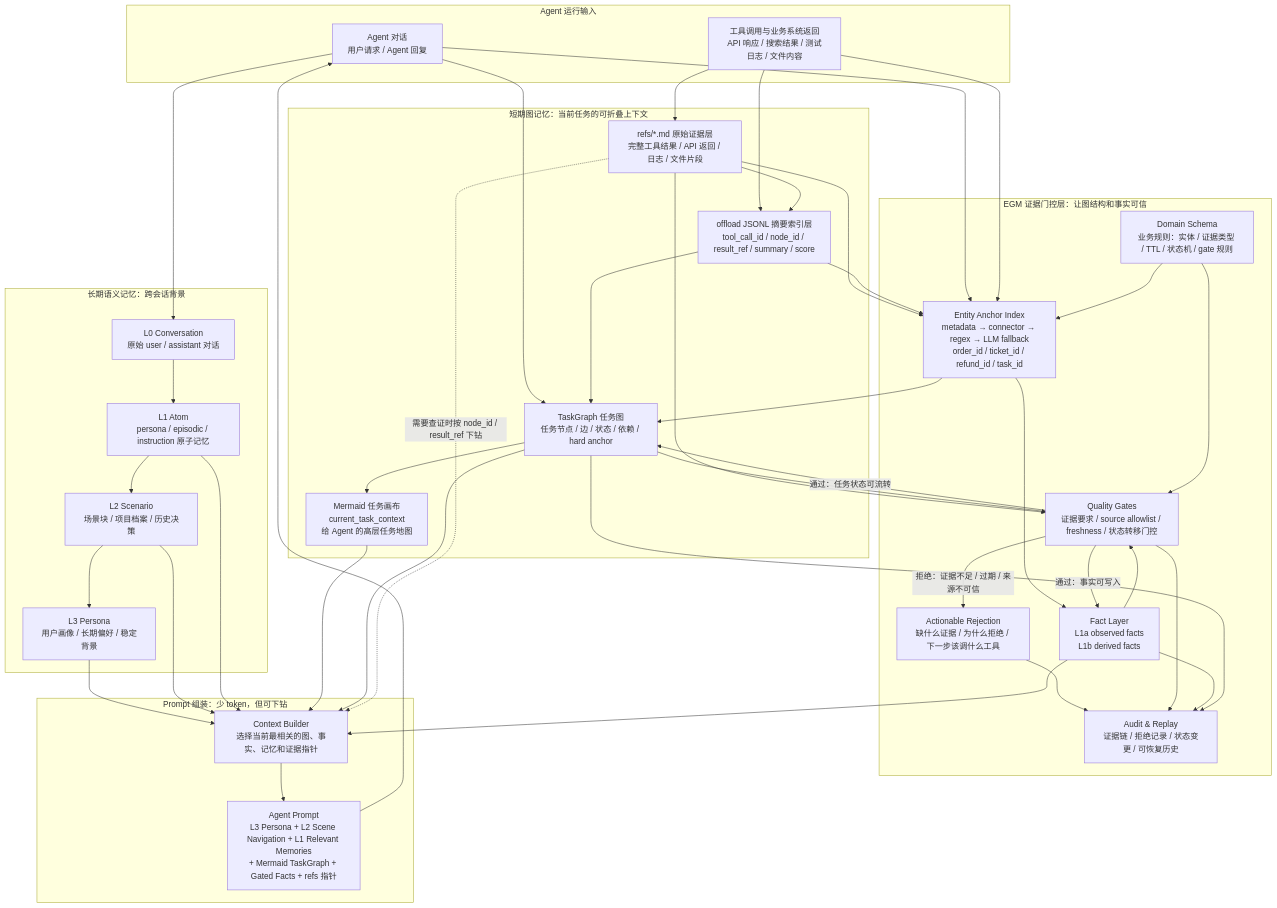
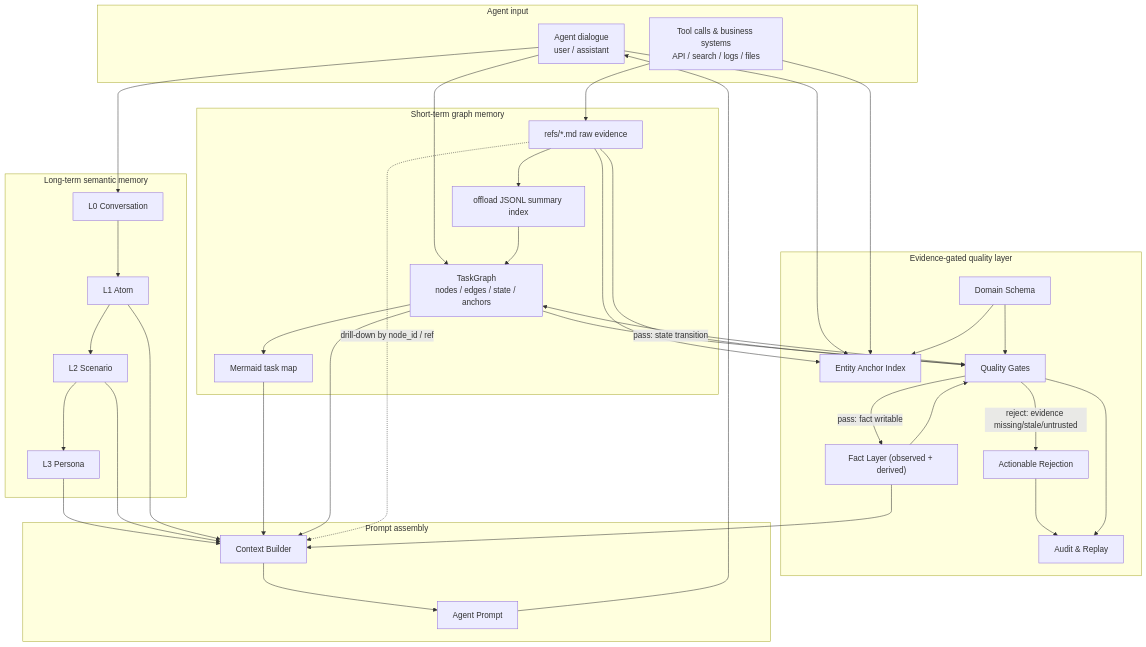
One commit to yushui2022/Evidence-Gated-Memory changed the diagram in README.md. Above: the diagram before and after it, drawn with Mermaid. The commit also changed other lines of this file and 1 other file, not shown here.

````diff
--- a/README.md
+++ b/README.md
@@ -44,81 +167,61 @@
 ```mermaid
 flowchart TD
-    subgraph INPUT["Agent 运行输入"]
-        A["Agent 对话<br/>用户请求 / Agent 回复"]
-        T["工具调用与业务系统返回<br/>API 响应 / 搜索结果 / 测试日志 / 文件内容"]
+    subgraph INPUT["Agent input"]
+        A["Agent dialogue<br/>user / assistant"]
+        T["Tool calls & business systems<br/>API / search / logs / files"]
     end
 
-    subgraph SHORT["短期图记忆：当前任务的可折叠上下文"]
-        R["refs/*.md 原始证据层<br/>完整工具结果 / API 返回 / 日志 / 文件片段"]
-        O["offload JSONL 摘要索引层<br/>tool_call_id / node_id / result_ref / summary / score"]
-        G["TaskGraph 任务图<br/>任务节点 / 边 / 状态 / 依赖 / hard anchor"]
-        M["Mermaid 任务画布<br/>current_task_context<br/>给 Agent 的高层任务地图"]
+    subgraph SHORT["Short-term graph memory"]
+        R["refs/*.md raw evidence"]
+        O["offload JSONL summary index"]
+        G["TaskGraph<br/>nodes / edges / state / anchors"]
+        M["Mermaid task map"]
     end
 
-    subgraph LONG["长期语义记忆：跨会话背景"]
-        L0["L0 Conversation<br/>原始 user / assistant 对话"]
-        L1["L1 Atom<br/>persona / episodic / instruction 原子记忆"]
-        L2["L2 Scenario<br/>场景块 / 项目档案 / 历史决策"]
-        L3["L3 Persona<br/>用户画像 / 长期偏好 / 稳定背景"]
+    subgraph LONG["Long-term semantic memory"]
+        L0["L0 Conversation"]
+        L1["L1 Atom"]
+        L2["L2 Scenario"]
+        L3["L3 Persona"]
     end
 
-    subgraph EGM["EGM 证据门控层：让图结构和事实可信"]
-        S["Domain Schema<br/>业务规则：实体 / 证据类型 / TTL / 状态机 / gate 规则"]
-        E["Entity Anchor Index<br/>metadata → connector → regex → LLM fallback<br/>order_id / ticket_id / refund_id / task_id"]
-        F["Fact Layer<br/>L1a observed facts<br/>L1b derived facts"]
-        Q["Quality Gates<br/>证据要求 / source allowlist / freshness / 状态转移门控"]
-        X["Actionable Rejection<br/>缺什么证据 / 为什么拒绝 / 下一步该调什么工具"]
-        AU["Audit & Replay<br/>证据链 / 拒绝记录 / 状态变更 / 可恢复历史"]
+    subgraph EGM["Evidence-gated quality layer"]
+        S["Domain Schema"]
+        E["Entity Anchor Index"]
+        F["Fact Layer (observed + derived)"]
+        Q["Quality Gates"]
+        X["Actionable Rejection"]
+        AU["Audit & Replay"]
     end
 
-    subgraph PROMPT["Prompt 组装：少 token，但可下钻"]
-        C["Context Builder<br/>选择当前最相关的图、事实、记忆和证据指针"]
-        P["Agent Prompt<br/>L3 Persona + L2 Scene Navigation + L1 Relevant Memories<br/>+ Mermaid TaskGraph + Gated Facts + refs 指针"]
+    subgraph PROMPT["Prompt assembly"]
+        C["Context Builder"]
+        P["Agent Prompt"]
     end
 
     A --> L0
     A --> G
-
-    T --> R
-    T --> O
-    R --> O
-    O --> G
-    G --> M
-
-    L0 --> L1
-    L1 --> L2
-    L2 --> L3
-
+    T --> R --> O --> G --> M
+    L0 --> L1 --> L2 --> L3
     A --> E
     T --> E
     R --> E
-    O --> E
-    E --> G
-    E --> F
-
     S --> E
     S --> Q
-
     R --> Q
     F --> Q
     G --> Q
-
-    Q -->|"通过：事实可写入"| F
-    Q -->|"通过：任务状态可流转"| G
-    Q -->|"拒绝：证据不足 / 过期 / 来源不可信"| X
+    Q -->|pass: fact writable| F
+    Q -->|pass: state transition| G
+    Q -->|reject: evidence missing/stale/untrusted| X
     X --> AU
     Q --> AU
-    F --> AU
-    G --> AU
-
     L3 --> C
     L2 --> C
     L1 --> C
     M --> C
     G --> C
     F --> C
-    R -. "需要查证时按 node_id / result_ref 下钻" .-> C
-
-    C --> P
-    P --> A
+    R -. "drill-down by node_id / ref" .-> C
+    C --> P --> A
 ```
````
